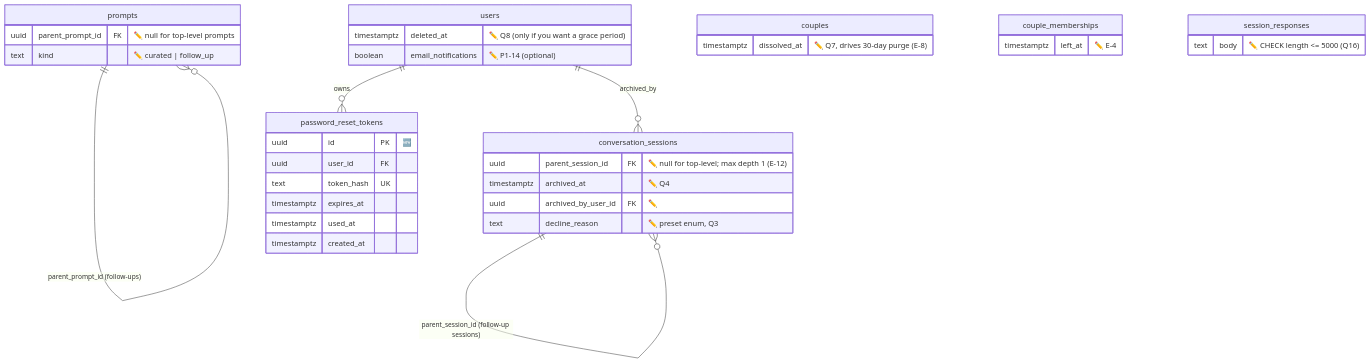
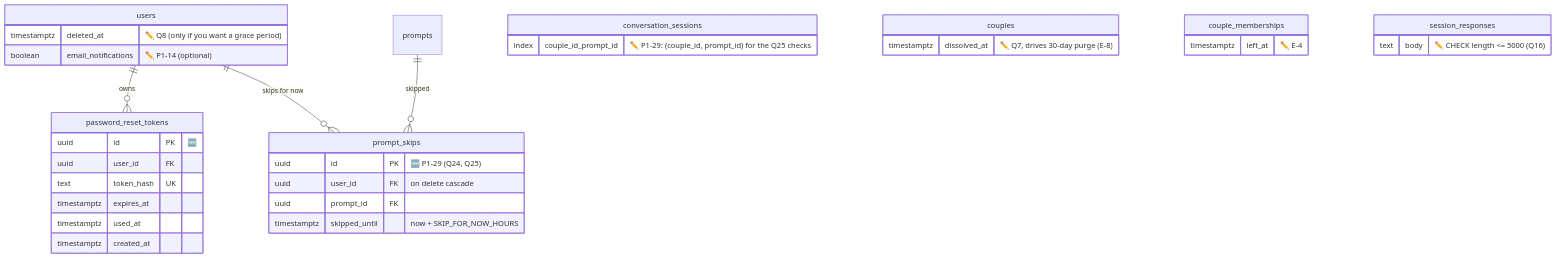
Before and after one commit to dev-by-rue/couple-space: the diagram in docs/plan/erd/mvp-1.md, drawn with Mermaid. The commit also changed other lines of this file and 20 other files, not shown here.

````diff
--- a/docs/plan/erd/mvp-1.md
+++ b/docs/plan/erd/mvp-1.md
@@ -7,39 +7,37 @@
 ```mermaid
 erDiagram
-    prompts ||--o{ prompts : "parent_prompt_id (follow-ups)"
-    conversation_sessions ||--o{ conversation_sessions : "parent_session_id (follow-up sessions)"
     users ||--o{ password_reset_tokens : "owns"
-    users ||--o{ conversation_sessions : "archived_by"
+    users ||--o{ prompt_skips : "skips for now"
+    prompts ||--o{ prompt_skips : "skipped"
 
-    prompts {
-        uuid parent_prompt_id FK "✏️ null for top-level prompts"
-        text kind "✏️ curated | follow_up"
+    conversation_sessions {
+        index couple_id_prompt_id "✏️ P1-29: (couple_id, prompt_id) for the Q25 checks"
     }
-    conversation_sessions {
-        uuid parent_session_id FK "✏️ null for top-level; max depth 1 (E-12)"
-        timestamptz archived_at "✏️ Q4"
-        uuid archived_by_user_id FK "✏️"
-        text decline_reason "✏️ preset enum, Q3"
+    prompt_skips {
+        uuid id PK "🆕 P1-29 (Q24, Q25)"
+        uuid user_id FK "on delete cascade"
+        uuid prompt_id FK
+        timestamptz skipped_until "now + SKIP_FOR_NOW_HOURS"
     }
     password_reset_tokens {
         uuid id PK "🆕"
         uuid user_id FK
         text token_hash UK
         timestamptz expires_at
         timestamptz used_at
         timestamptz created_at
     }
     couples {
         timestamptz dissolved_at "✏️ Q7, drives 30-day purge (E-8)"
     }
     couple_memberships {
         timestamptz left_at "✏️ E-4"
     }
     session_responses {
         text body "✏️ CHECK length <= 5000 (Q16)"
     }
     users {
         timestamptz deleted_at "✏️ Q8 (only if you want a grace period)"
         boolean email_notifications "✏️ P1-14 (optional)"
     }
 ```
````
